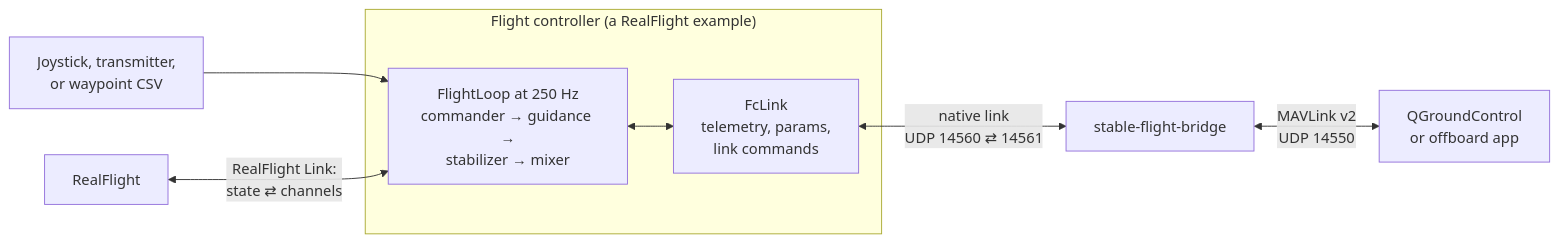
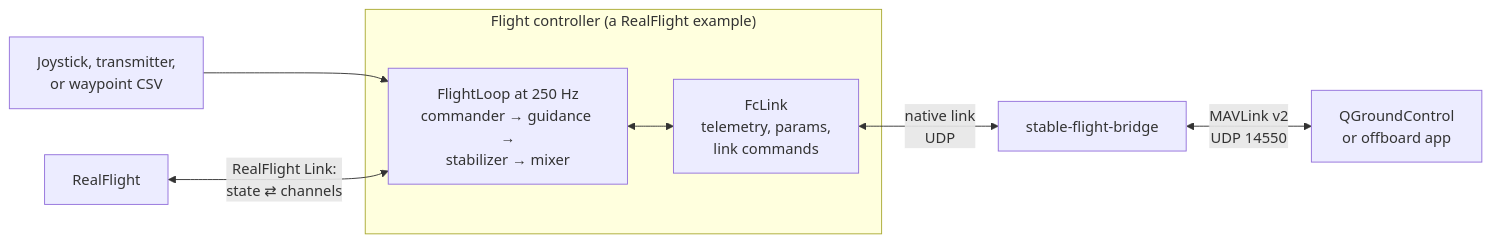
One commit to wboayue/stable-flight changed the diagram in README.md. Above: the diagram before and after it, drawn with Mermaid. The commit also changed other lines of this file and 1 other file, not shown here.

Commit message:
Docs diagrams: review fixes

````diff
--- a/README.md
+++ b/README.md
@@ -21,12 +21,12 @@
 ```mermaid
 flowchart LR
     pilot["Joystick, transmitter,<br/>or waypoint CSV"] --> loop
     rf["RealFlight"] <-->|"RealFlight Link:<br/>state ⇄ channels"| loop
     subgraph fc ["Flight controller (a RealFlight example)"]
         loop["FlightLoop at 250 Hz<br/>commander → guidance →<br/>stabilizer → mixer"]
         fclink["FcLink<br/>telemetry, params,<br/>link commands"]
         loop <--> fclink
     end
-    fclink <-->|"native link<br/>UDP 14560 ⇄ 14561"| bridge["stable-flight-bridge"]
+    fclink <-->|"native link<br/>UDP"| bridge["stable-flight-bridge"]
     bridge <-->|"MAVLink v2<br/>UDP 14550"| gcs["QGroundControl<br/>or offboard app"]
 ```
````
